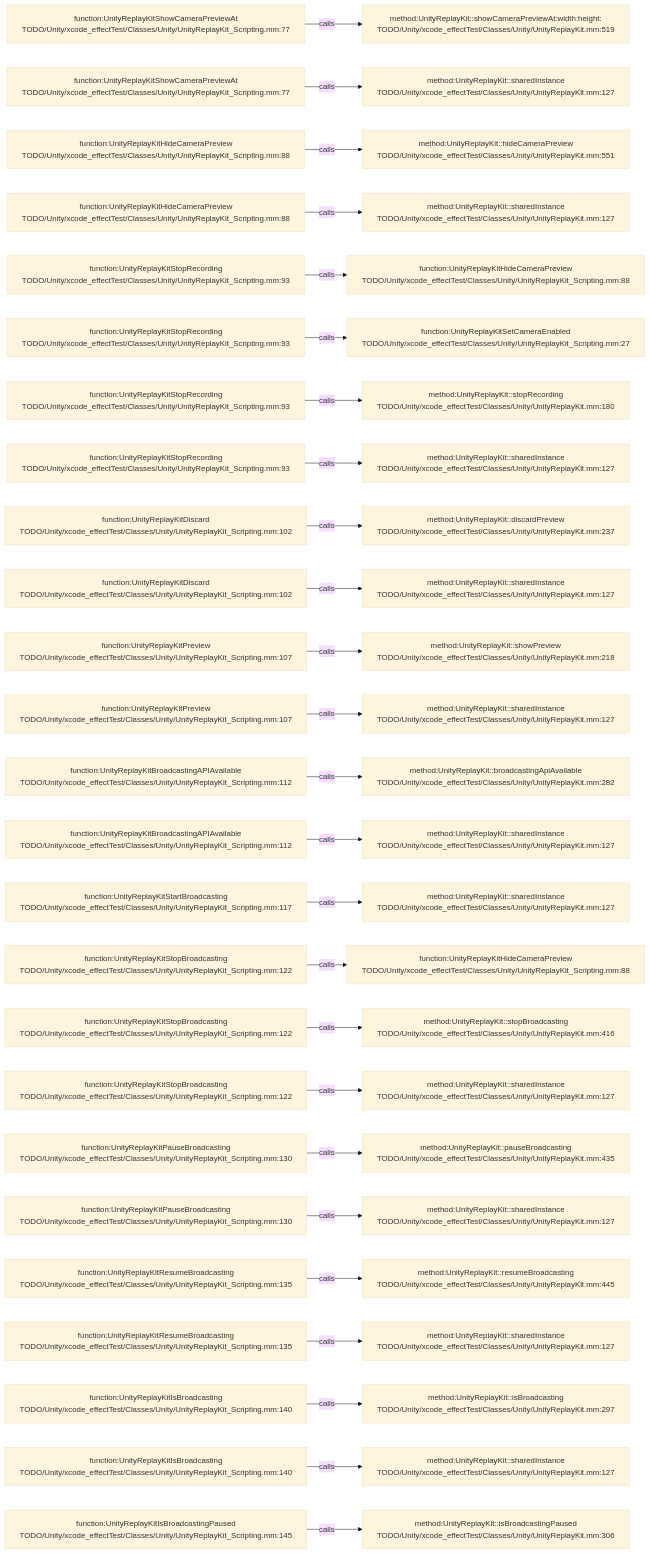
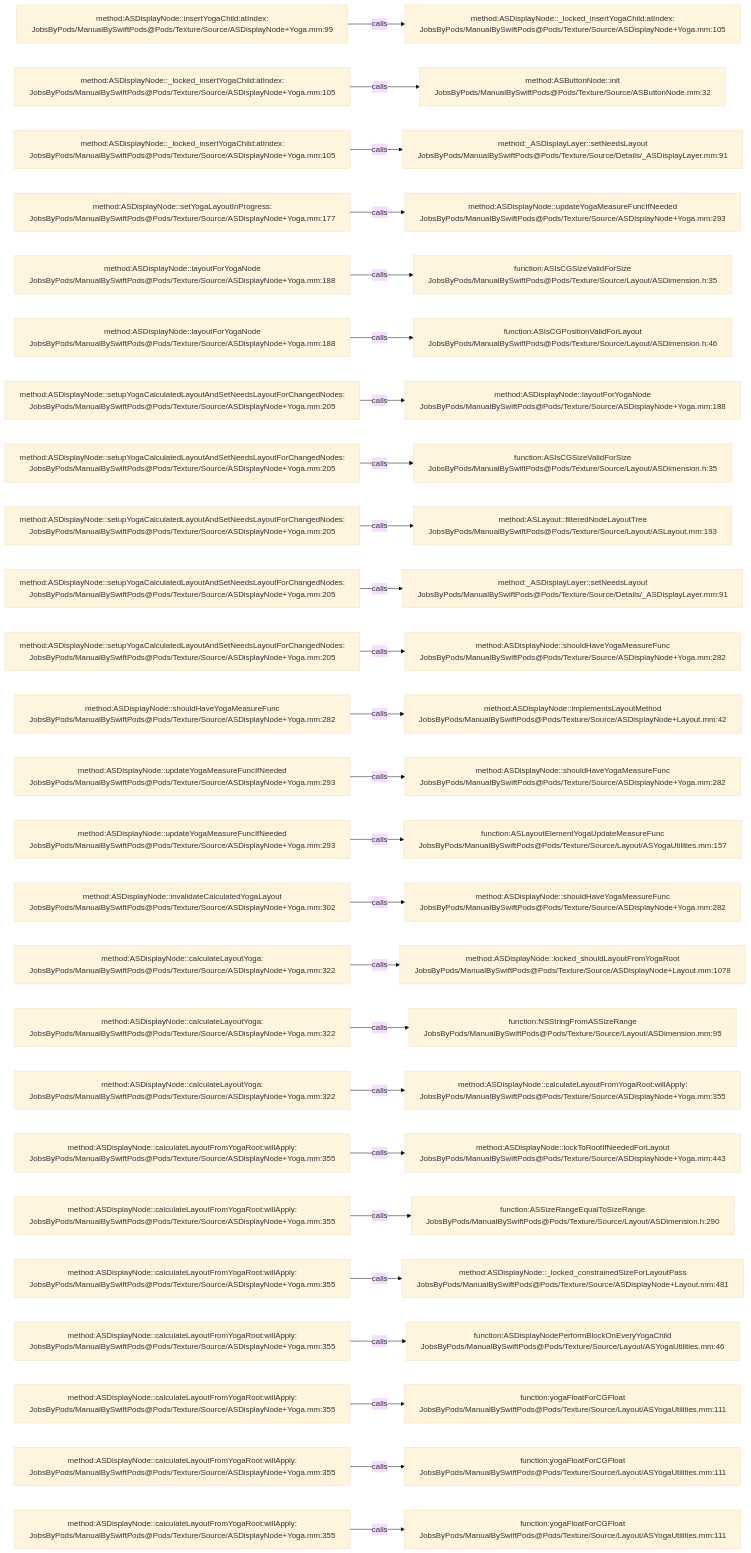
One commit to JobsKits/JobsSwiftBaseConfigDemo changed the diagram in .codegraph/codegraph.md/graphs/calls-044.md. Above: the diagram before and after it, drawn with Mermaid (base theme). The commit also changed 2959 other files, not shown here.

````diff
--- a/.codegraph/codegraph.md/graphs/calls-044.md
+++ b/.codegraph/codegraph.md/graphs/calls-044.md
@@ -13,78 +13,78 @@
 ```mermaid
 flowchart LR
-  S1["function:UnityReplayKitShowCameraPreviewAt<br/>TODO/Unity/xcode_effectTest/Classes/Unity/UnityReplayKit_Scripting.mm:77"]
-  T1["method:UnityReplayKit::showCameraPreviewAt:width:height:<br/>TODO/Unity/xcode_effectTest/Classes/Unity/UnityReplayKit.mm:519"]
+  S1["method:ASDisplayNode::insertYogaChild:atIndex:<br/>JobsByPods/ManualBySwiftPods@Pods/Texture/Source/ASDisplayNode+Yoga.mm:99"]
+  T1["method:ASDisplayNode::_locked_insertYogaChild:atIndex:<br/>JobsByPods/ManualBySwiftPods@Pods/Texture/Source/ASDisplayNode+Yoga.mm:105"]
   S1 -->|calls| T1
-  S2["function:UnityReplayKitShowCameraPreviewAt<br/>TODO/Unity/xcode_effectTest/Classes/Unity/UnityReplayKit_Scripting.mm:77"]
-  T2["method:UnityReplayKit::sharedInstance<br/>TODO/Unity/xcode_effectTest/Classes/Unity/UnityReplayKit.mm:127"]
+  S2["method:ASDisplayNode::_locked_insertYogaChild:atIndex:<br/>JobsByPods/ManualBySwiftPods@Pods/Texture/Source/ASDisplayNode+Yoga.mm:105"]
+  T2["method:ASButtonNode::init<br/>JobsByPods/ManualBySwiftPods@Pods/Texture/Source/ASButtonNode.mm:32"]
   S2 -->|calls| T2
-  S3["function:UnityReplayKitHideCameraPreview<br/>TODO/Unity/xcode_effectTest/Classes/Unity/UnityReplayKit_Scripting.mm:88"]
-  T3["method:UnityReplayKit::hideCameraPreview<br/>TODO/Unity/xcode_effectTest/Classes/Unity/UnityReplayKit.mm:551"]
+  S3["method:ASDisplayNode::_locked_insertYogaChild:atIndex:<br/>JobsByPods/ManualBySwiftPods@Pods/Texture/Source/ASDisplayNode+Yoga.mm:105"]
+  T3["method:_ASDisplayLayer::setNeedsLayout<br/>JobsByPods/ManualBySwiftPods@Pods/Texture/Source/Details/_ASDisplayLayer.mm:91"]
   S3 -->|calls| T3
-  S4["function:UnityReplayKitHideCameraPreview<br/>TODO/Unity/xcode_effectTest/Classes/Unity/UnityReplayKit_Scripting.mm:88"]
-  T4["method:UnityReplayKit::sharedInstance<br/>TODO/Unity/xcode_effectTest/Classes/Unity/UnityReplayKit.mm:127"]
+  S4["method:ASDisplayNode::setYogaLayoutInProgress:<br/>JobsByPods/ManualBySwiftPods@Pods/Texture/Source/ASDisplayNode+Yoga.mm:177"]
+  T4["method:ASDisplayNode::updateYogaMeasureFuncIfNeeded<br/>JobsByPods/ManualBySwiftPods@Pods/Texture/Source/ASDisplayNode+Yoga.mm:293"]
   S4 -->|calls| T4
-  S5["function:UnityReplayKitStopRecording<br/>TODO/Unity/xcode_effectTest/Classes/Unity/UnityReplayKit_Scripting.mm:93"]
-  T5["function:UnityReplayKitHideCameraPreview<br/>TODO/Unity/xcode_effectTest/Classes/Unity/UnityReplayKit_Scripting.mm:88"]
+  S5["method:ASDisplayNode::layoutForYogaNode<br/>JobsByPods/ManualBySwiftPods@Pods/Texture/Source/ASDisplayNode+Yoga.mm:188"]
+  T5["function:ASIsCGSizeValidForSize<br/>JobsByPods/ManualBySwiftPods@Pods/Texture/Source/Layout/ASDimension.h:35"]
   S5 -->|calls| T5
-  S6["function:UnityReplayKitStopRecording<br/>TODO/Unity/xcode_effectTest/Classes/Unity/UnityReplayKit_Scripting.mm:93"]
-  T6["function:UnityReplayKitSetCameraEnabled<br/>TODO/Unity/xcode_effectTest/Classes/Unity/UnityReplayKit_Scripting.mm:27"]
+  S6["method:ASDisplayNode::layoutForYogaNode<br/>JobsByPods/ManualBySwiftPods@Pods/Texture/Source/ASDisplayNode+Yoga.mm:188"]
+  T6["function:ASIsCGPositionValidForLayout<br/>JobsByPods/ManualBySwiftPods@Pods/Texture/Source/Layout/ASDimension.h:46"]
   S6 -->|calls| T6
-  S7["function:UnityReplayKitStopRecording<br/>TODO/Unity/xcode_effectTest/Classes/Unity/UnityReplayKit_Scripting.mm:93"]
-  T7["method:UnityReplayKit::stopRecording<br/>TODO/Unity/xcode_effectTest/Classes/Unity/UnityReplayKit.mm:180"]
+  S7["method:ASDisplayNode::setupYogaCalculatedLayoutAndSetNeedsLayoutForChangedNodes:<br/>JobsByPods/ManualBySwiftPods@Pods/Texture/Source/ASDisplayNode+Yoga.mm:205"]
+  T7["method:ASDisplayNode::layoutForYogaNode<br/>JobsByPods/ManualBySwiftPods@Pods/Texture/Source/ASDisplayNode+Yoga.mm:188"]
   S7 -->|calls| T7
-  S8["function:UnityReplayKitStopRecording<br/>TODO/Unity/xcode_effectTest/Classes/Unity/UnityReplayKit_Scripting.mm:93"]
-  T8["method:UnityReplayKit::sharedInstance<br/>TODO/Unity/xcode_effectTest/Classes/Unity/UnityReplayKit.mm:127"]
+  S8["method:ASDisplayNode::setupYogaCalculatedLayoutAndSetNeedsLayoutForChangedNodes:<br/>JobsByPods/ManualBySwiftPods@Pods/Texture/Source/ASDisplayNode+Yoga.mm:205"]
+  T8["function:ASIsCGSizeValidForSize<br/>JobsByPods/ManualBySwiftPods@Pods/Texture/Source/Layout/ASDimension.h:35"]
   S8 -->|calls| T8
-  S9["function:UnityReplayKitDiscard<br/>TODO/Unity/xcode_effectTest/Classes/Unity/UnityReplayKit_Scripting.mm:102"]
-  T9["method:UnityReplayKit::discardPreview<br/>TODO/Unity/xcode_effectTest/Classes/Unity/UnityReplayKit.mm:237"]
+  S9["method:ASDisplayNode::setupYogaCalculatedLayoutAndSetNeedsLayoutForChangedNodes:<br/>JobsByPods/ManualBySwiftPods@Pods/Texture/Source/ASDisplayNode+Yoga.mm:205"]
+  T9["method:ASLayout::filteredNodeLayoutTree<br/>JobsByPods/ManualBySwiftPods@Pods/Texture/Source/Layout/ASLayout.mm:193"]
   S9 -->|calls| T9
-  S10["function:UnityReplayKitDiscard<br/>TODO/Unity/xcode_effectTest/Classes/Unity/UnityReplayKit_Scripting.mm:102"]
-  T10["method:UnityReplayKit::sharedInstance<br/>TODO/Unity/xcode_effectTest/Classes/Unity/UnityReplayKit.mm:127"]
+  S10["method:ASDisplayNode::setupYogaCalculatedLayoutAndSetNeedsLayoutForChangedNodes:<br/>JobsByPods/ManualBySwiftPods@Pods/Texture/Source/ASDisplayNode+Yoga.mm:205"]
+  T10["method:_ASDisplayLayer::setNeedsLayout<br/>JobsByPods/ManualBySwiftPods@Pods/Texture/Source/Details/_ASDisplayLayer.mm:91"]
   S10 -->|calls| T10
-  S11["function:UnityReplayKitPreview<br/>TODO/Unity/xcode_effectTest/Classes/Unity/UnityReplayKit_Scripting.mm:107"]
-  T11["method:UnityReplayKit::showPreview<br/>TODO/Unity/xcode_effectTest/Classes/Unity/UnityReplayKit.mm:218"]
+  S11["method:ASDisplayNode::setupYogaCalculatedLayoutAndSetNeedsLayoutForChangedNodes:<br/>JobsByPods/ManualBySwiftPods@Pods/Texture/Source/ASDisplayNode+Yoga.mm:205"]
+  T11["method:ASDisplayNode::shouldHaveYogaMeasureFunc<br/>JobsByPods/ManualBySwiftPods@Pods/Texture/Source/ASDisplayNode+Yoga.mm:282"]
   S11 -->|calls| T11
-  S12["function:UnityReplayKitPreview<br/>TODO/Unity/xcode_effectTest/Classes/Unity/UnityReplayKit_Scripting.mm:107"]
-  T12["method:UnityReplayKit::sharedInstance<br/>TODO/Unity/xcode_effectTest/Classes/Unity/UnityReplayKit.mm:127"]
+  S12["method:ASDisplayNode::shouldHaveYogaMeasureFunc<br/>JobsByPods/ManualBySwiftPods@Pods/Texture/Source/ASDisplayNode+Yoga.mm:282"]
+  T12["method:ASDisplayNode::implementsLayoutMethod<br/>JobsByPods/ManualBySwiftPods@Pods/Texture/Source/ASDisplayNode+Layout.mm:42"]
   S12 -->|calls| T12
-  S13["function:UnityReplayKitBroadcastingAPIAvailable<br/>TODO/Unity/xcode_effectTest/Classes/Unity/UnityReplayKit_Scripting.mm:112"]
-  T13["method:UnityReplayKit::broadcastingApiAvailable<br/>TODO/Unity/xcode_effectTest/Classes/Unity/UnityReplayKit.mm:282"]
+  S13["method:ASDisplayNode::updateYogaMeasureFuncIfNeeded<br/>JobsByPods/ManualBySwiftPods@Pods/Texture/Source/ASDisplayNode+Yoga.mm:293"]
+  T13["method:ASDisplayNode::shouldHaveYogaMeasureFunc<br/>JobsByPods/ManualBySwiftPods@Pods/Texture/Source/ASDisplayNode+Yoga.mm:282"]
   S13 -->|calls| T13
-  S14["function:UnityReplayKitBroadcastingAPIAvailable<br/>TODO/Unity/xcode_effectTest/Classes/Unity/UnityReplayKit_Scripting.mm:112"]
-  T14["method:UnityReplayKit::sharedInstance<br/>TODO/Unity/xcode_effectTest/Classes/Unity/UnityReplayKit.mm:127"]
+  S14["method:ASDisplayNode::updateYogaMeasureFuncIfNeeded<br/>JobsByPods/ManualBySwiftPods@Pods/Texture/Source/ASDisplayNode+Yoga.mm:293"]
+  T14["function:ASLayoutElementYogaUpdateMeasureFunc<br/>JobsByPods/ManualBySwiftPods@Pods/Texture/Source/Layout/ASYogaUtilities.mm:157"]
   S14 -->|calls| T14
-  S15["function:UnityReplayKitStartBroadcasting<br/>TODO/Unity/xcode_effectTest/Classes/Unity/UnityReplayKit_Scripting.mm:117"]
-  T15["method:UnityReplayKit::sharedInstance<br/>TODO/Unity/xcode_effectTest/Classes/Unity/UnityReplayKit.mm:127"]
+  S15["method:ASDisplayNode::invalidateCalculatedYogaLayout<br/>JobsByPods/ManualBySwiftPods@Pods/Texture/Source/ASDisplayNode+Yoga.mm:302"]
+  T15["method:ASDisplayNode::shouldHaveYogaMeasureFunc<br/>JobsByPods/ManualBySwiftPods@Pods/Texture/Source/ASDisplayNode+Yoga.mm:282"]
   S15 -->|calls| T15
-  S16["function:UnityReplayKitStopBroadcasting<br/>TODO/Unity/xcode_effectTest/Classes/Unity/UnityReplayKit_Scripting.mm:122"]
-  T16["function:UnityReplayKitHideCameraPreview<br/>TODO/Unity/xcode_effectTest/Classes/Unity/UnityReplayKit_Scripting.mm:88"]
+  S16["method:ASDisplayNode::calculateLayoutYoga:<br/>JobsByPods/ManualBySwiftPods@Pods/Texture/Source/ASDisplayNode+Yoga.mm:322"]
+  T16["method:ASDisplayNode::locked_shouldLayoutFromYogaRoot<br/>JobsByPods/ManualBySwiftPods@Pods/Texture/Source/ASDisplayNode+Layout.mm:1078"]
   S16 -->|calls| T16
-  S17["function:UnityReplayKitStopBroadcasting<br/>TODO/Unity/xcode_effectTest/Classes/Unity/UnityReplayKit_Scripting.mm:122"]
-  T17["method:UnityReplayKit::stopBroadcasting<br/>TODO/Unity/xcode_effectTest/Classes/Unity/UnityReplayKit.mm:416"]
+  S17["method:ASDisplayNode::calculateLayoutYoga:<br/>JobsByPods/ManualBySwiftPods@Pods/Texture/Source/ASDisplayNode+Yoga.mm:322"]
+  T17["function:NSStringFromASSizeRange<br/>JobsByPods/ManualBySwiftPods@Pods/Texture/Source/Layout/ASDimension.mm:95"]
   S17 -->|calls| T17
-  S18["function:UnityReplayKitStopBroadcasting<br/>TODO/Unity/xcode_effectTest/Classes/Unity/UnityReplayKit_Scripting.mm:122"]
-  T18["method:UnityReplayKit::sharedInstance<br/>TODO/Unity/xcode_effectTest/Classes/Unity/UnityReplayKit.mm:127"]
+  S18["method:ASDisplayNode::calculateLayoutYoga:<br/>JobsByPods/ManualBySwiftPods@Pods/Texture/Source/ASDisplayNode+Yoga.mm:322"]
+  T18["method:ASDisplayNode::calculateLayoutFromYogaRoot:willApply:<br/>JobsByPods/ManualBySwiftPods@Pods/Texture/Source/ASDisplayNode+Yoga.mm:355"]
   S18 -->|calls| T18
-  S19["function:UnityReplayKitPauseBroadcasting<br/>TODO/Unity/xcode_effectTest/Classes/Unity/UnityReplayKit_Scripting.mm:130"]
-  T19["method:UnityReplayKit::pauseBroadcasting<br/>TODO/Unity/xcode_effectTest/Classes/Unity/UnityReplayKit.mm:435"]
+  S19["method:ASDisplayNode::calculateLayoutFromYogaRoot:willApply:<br/>JobsByPods/ManualBySwiftPods@Pods/Texture/Source/ASDisplayNode+Yoga.mm:355"]
+  T19["method:ASDisplayNode::lockToRootIfNeededForLayout<br/>JobsByPods/ManualBySwiftPods@Pods/Texture/Source/ASDisplayNode+Yoga.mm:443"]
   S19 -->|calls| T19
-  S20["function:UnityReplayKitPauseBroadcasting<br/>TODO/Unity/xcode_effectTest/Classes/Unity/UnityReplayKit_Scripting.mm:130"]
-  T20["method:UnityReplayKit::sharedInstance<br/>TODO/Unity/xcode_effectTest/Classes/Unity/UnityReplayKit.mm:127"]
+  S20["method:ASDisplayNode::calculateLayoutFromYogaRoot:willApply:<br/>JobsByPods/ManualBySwiftPods@Pods/Texture/Source/ASDisplayNode+Yoga.mm:355"]
+  T20["function:ASSizeRangeEqualToSizeRange<br/>JobsByPods/ManualBySwiftPods@Pods/Texture/Source/Layout/ASDimension.h:290"]
   S20 -->|calls| T20
-  S21["function:UnityReplayKitResumeBroadcasting<br/>TODO/Unity/xcode_effectTest/Classes/Unity/UnityReplayKit_Scripting.mm:135"]
-  T21["method:UnityReplayKit::resumeBroadcasting<br/>TODO/Unity/xcode_effectTest/Classes/Unity/UnityReplayKit.mm:445"]
+  S21["method:ASDisplayNode::calculateLayoutFromYogaRoot:willApply:<br/>JobsByPods/ManualBySwiftPods@Pods/Texture/Source/ASDisplayNode+Yoga.mm:355"]
+  T21["method:ASDisplayNode::_locked_constrainedSizeForLayoutPass<br/>JobsByPods/ManualBySwiftPods@Pods/Texture/Source/ASDisplayNode+Layout.mm:481"]
   S21 -->|calls| T21
-  S22["function:UnityReplayKitResumeBroadcasting<br/>TODO/Unity/xcode_effectTest/Classes/Unity/UnityReplayKit_Scripting.mm:135"]
-  T22["method:UnityReplayKit::sharedInstance<br/>TODO/Unity/xcode_effectTest/Classes/Unity/UnityReplayKit.mm:127"]
+  S22["method:ASDisplayNode::calculateLayoutFromYogaRoot:willApply:<br/>JobsByPods/ManualBySwiftPods@Pods/Texture/Source/ASDisplayNode+Yoga.mm:355"]
+  T22["function:ASDisplayNodePerformBlockOnEveryYogaChild<br/>JobsByPods/ManualBySwiftPods@Pods/Texture/Source/Layout/ASYogaUtilities.mm:46"]
   S22 -->|calls| T22
-  S23["function:UnityReplayKitIsBroadcasting<br/>TODO/Unity/xcode_effectTest/Classes/Unity/UnityReplayKit_Scripting.mm:140"]
-  T23["method:UnityReplayKit::isBroadcasting<br/>TODO/Unity/xcode_effectTest/Classes/Unity/UnityReplayKit.mm:297"]
+  S23["method:ASDisplayNode::calculateLayoutFromYogaRoot:willApply:<br/>JobsByPods/ManualBySwiftPods@Pods/Texture/Source/ASDisplayNode+Yoga.mm:355"]
+  T23["function:yogaFloatForCGFloat<br/>JobsByPods/ManualBySwiftPods@Pods/Texture/Source/Layout/ASYogaUtilities.mm:111"]
   S23 -->|calls| T23
-  S24["function:UnityReplayKitIsBroadcasting<br/>TODO/Unity/xcode_effectTest/Classes/Unity/UnityReplayKit_Scripting.mm:140"]
-  T24["method:UnityReplayKit::sharedInstance<br/>TODO/Unity/xcode_effectTest/Classes/Unity/UnityReplayKit.mm:127"]
+  S24["method:ASDisplayNode::calculateLayoutFromYogaRoot:willApply:<br/>JobsByPods/ManualBySwiftPods@Pods/Texture/Source/ASDisplayNode+Yoga.mm:355"]
+  T24["function:yogaFloatForCGFloat<br/>JobsByPods/ManualBySwiftPods@Pods/Texture/Source/Layout/ASYogaUtilities.mm:111"]
   S24 -->|calls| T24
-  S25["function:UnityReplayKitIsBroadcastingPaused<br/>TODO/Unity/xcode_effectTest/Classes/Unity/UnityReplayKit_Scripting.mm:145"]
-  T25["method:UnityReplayKit::isBroadcastingPaused<br/>TODO/Unity/xcode_effectTest/Classes/Unity/UnityReplayKit.mm:306"]
+  S25["method:ASDisplayNode::calculateLayoutFromYogaRoot:willApply:<br/>JobsByPods/ManualBySwiftPods@Pods/Texture/Source/ASDisplayNode+Yoga.mm:355"]
+  T25["function:yogaFloatForCGFloat<br/>JobsByPods/ManualBySwiftPods@Pods/Texture/Source/Layout/ASYogaUtilities.mm:111"]
   S25 -->|calls| T25
 ```
````
